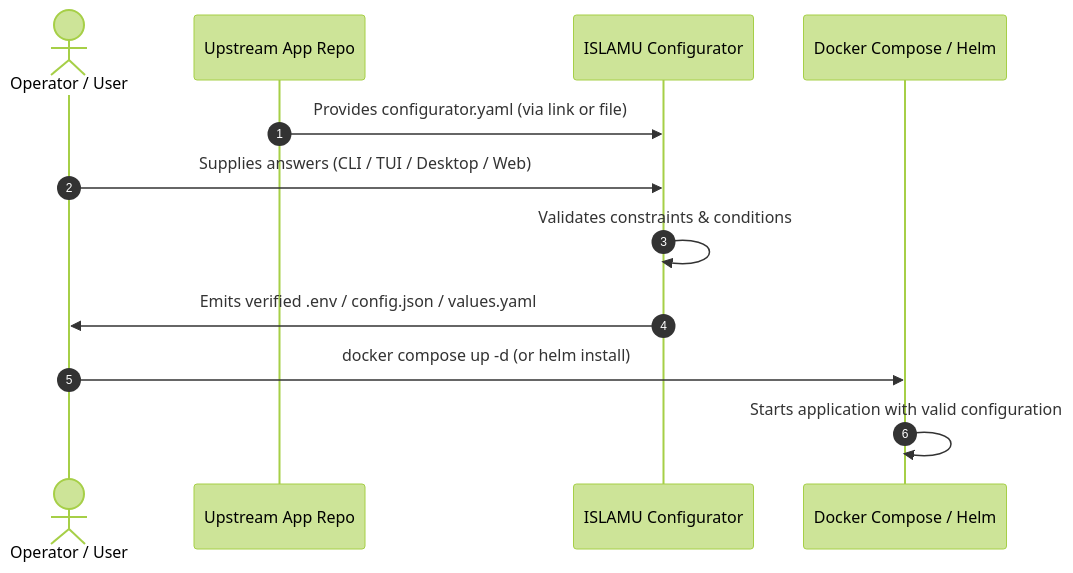
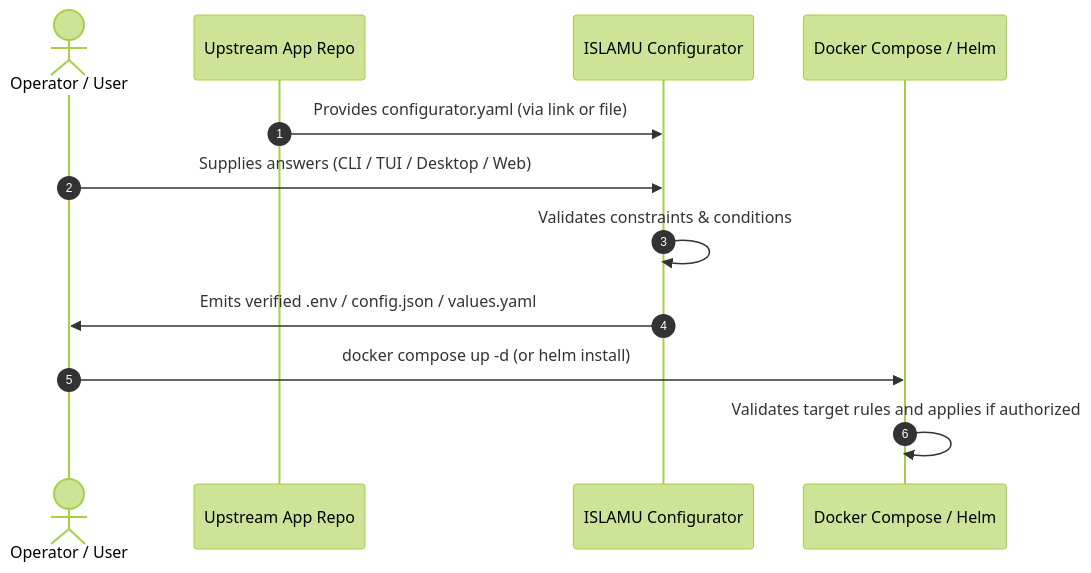
One commit to islamu-ngo/Configurator changed the third of 3 diagrams in docs/public/comparison.md. Above: the diagram before and after it, drawn with Mermaid (forest theme). The commit also changed other lines of this file, not shown here.

````diff
--- a/docs/public/comparison.md
+++ b/docs/public/comparison.md
@@ -201,15 +264,15 @@
 ```mermaid
 sequenceDiagram
     autonumber
     actor Operator as Operator / User
     participant Upstream as Upstream App Repo
     participant Configurator as ISLAMU Configurator
     participant Orchestrator as Docker Compose / Helm
 
     Upstream->>Configurator: Provides configurator.yaml (via link or file)
     Operator->>Configurator: Supplies answers (CLI / TUI / Desktop / Web)
     Configurator->>Configurator: Validates constraints & conditions
     Configurator->>Operator: Emits verified .env / config.json / values.yaml
     Operator->>Orchestrator: docker compose up -d (or helm install)
-    Orchestrator->>Orchestrator: Starts application with valid configuration
+    Orchestrator->>Orchestrator: Validates target rules and applies if authorized
 ```
````
